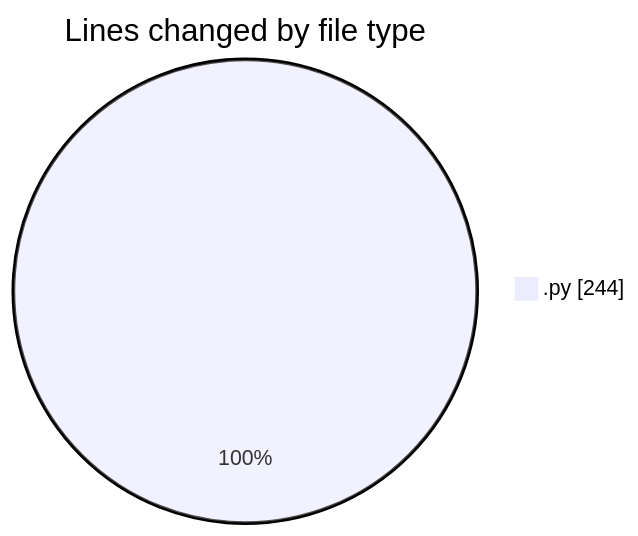
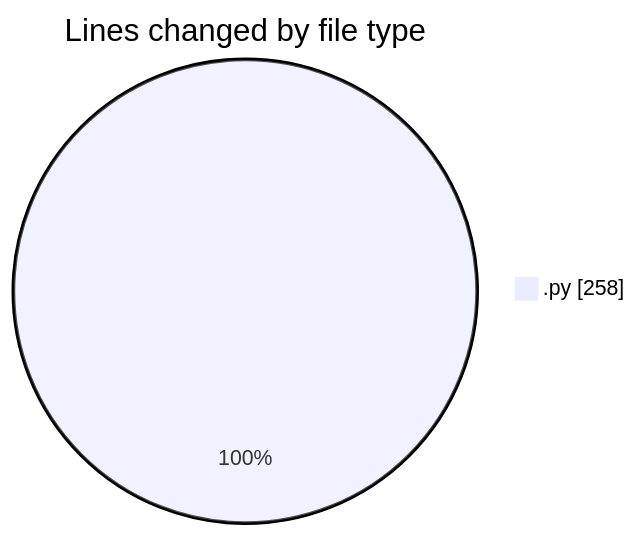
Before and after one commit to MatusMokan/code-tracking: the first of 2 diagrams in 2025-10-25/untitled__workspace_/README.md, drawn with Mermaid. The commit also changed other lines of this file and 1 other file, not shown here.

````diff
--- a/2025-10-25/untitled__workspace_/README.md
+++ b/2025-10-25/untitled__workspace_/README.md
@@ -20,5 +20,5 @@
 ```mermaid
 pie showData
 title Lines changed by file type
-".py" : 244
+".py" : 258
 ```
````
